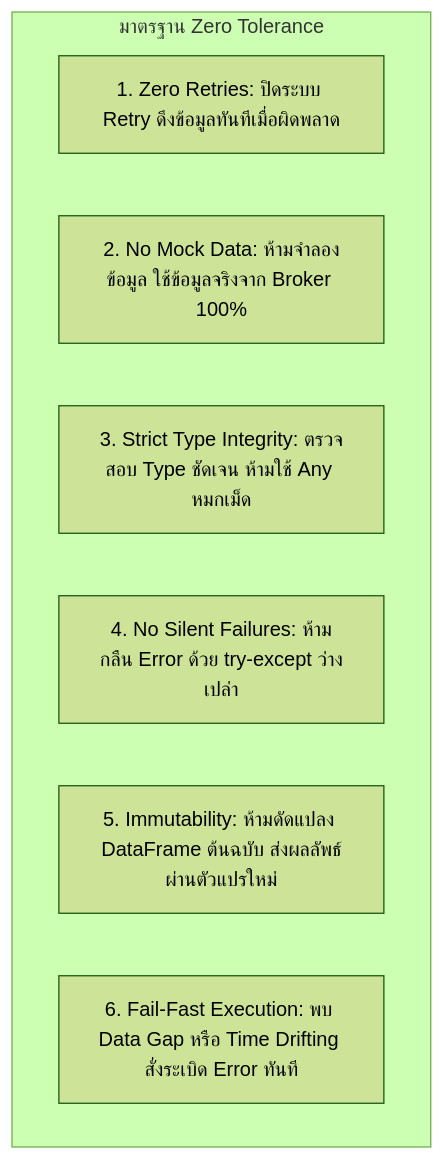
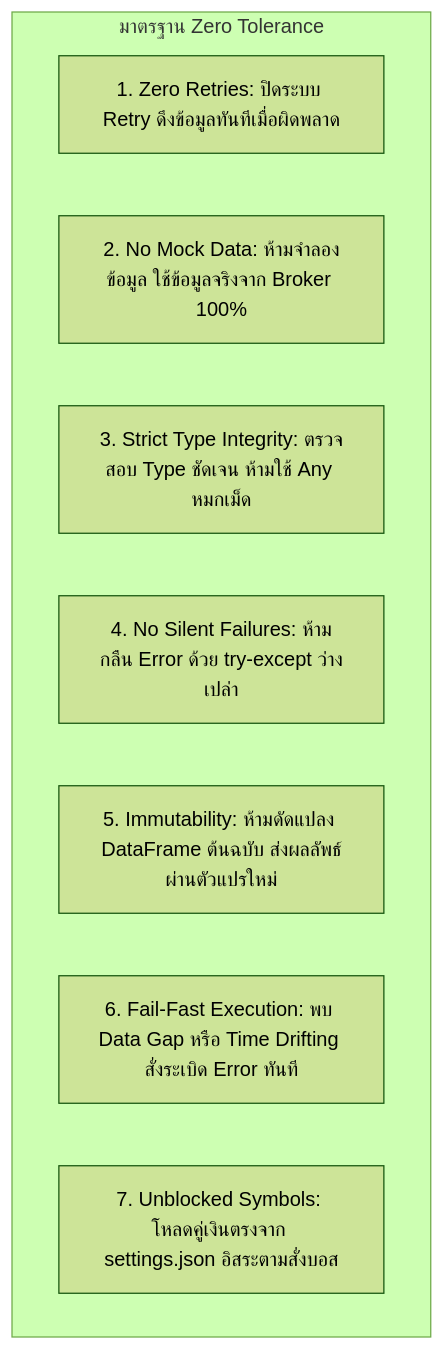
Before and after one commit to sangsureelove2021/FINALBOT_Begin: the first of 3 diagrams in docs/กระบวนการทำงานของบอท ส่วนที่ 1 INPUT/กระบวนการทำงานของบอท ส่วนที่ 1 INPUT.md, drawn with Mermaid (forest theme). The commit also changed other lines of this file and 2663 other files, not shown here.

````diff
--- a/docs/กระบวนการทำงานของบอท ส่วนที่ 1 INPUT/กระบวนการทำงานของบอท ส่วนที่ 1 INPUT.md
+++ b/docs/กระบวนการทำงานของบอท ส่วนที่ 1 INPUT/กระบวนการทำงานของบอท ส่วนที่ 1 INPUT.md
@@ -46,11 +46,12 @@
 ```mermaid
 flowchart TD
     subgraph Zero_Tolerance_Standard [มาตรฐาน Zero Tolerance]
         R1[1. Zero Retries: ปิดระบบ Retry ดึงข้อมูลทันทีเมื่อผิดพลาด]
         R2[2. No Mock Data: ห้ามจำลองข้อมูล ใช้ข้อมูลจริงจาก Broker 100%]
         R3[3. Strict Type Integrity: ตรวจสอบ Type ชัดเจน ห้ามใช้ Any หมกเม็ด]
         R4[4. No Silent Failures: ห้ามกลืน Error ด้วย try-except ว่างเปล่า]
         R5[5. Immutability: ห้ามดัดแปลง DataFrame ต้นฉบับ ส่งผลลัพธ์ผ่านตัวแปรใหม่]
         R6[6. Fail-Fast Execution: พบ Data Gap หรือ Time Drifting สั่งระเบิด Error ทันที]
+        R7[7. Unblocked Symbols: โหลดคู่เงินตรงจาก settings.json อิสระตามสั่งบอส]
     end
 ```
````
